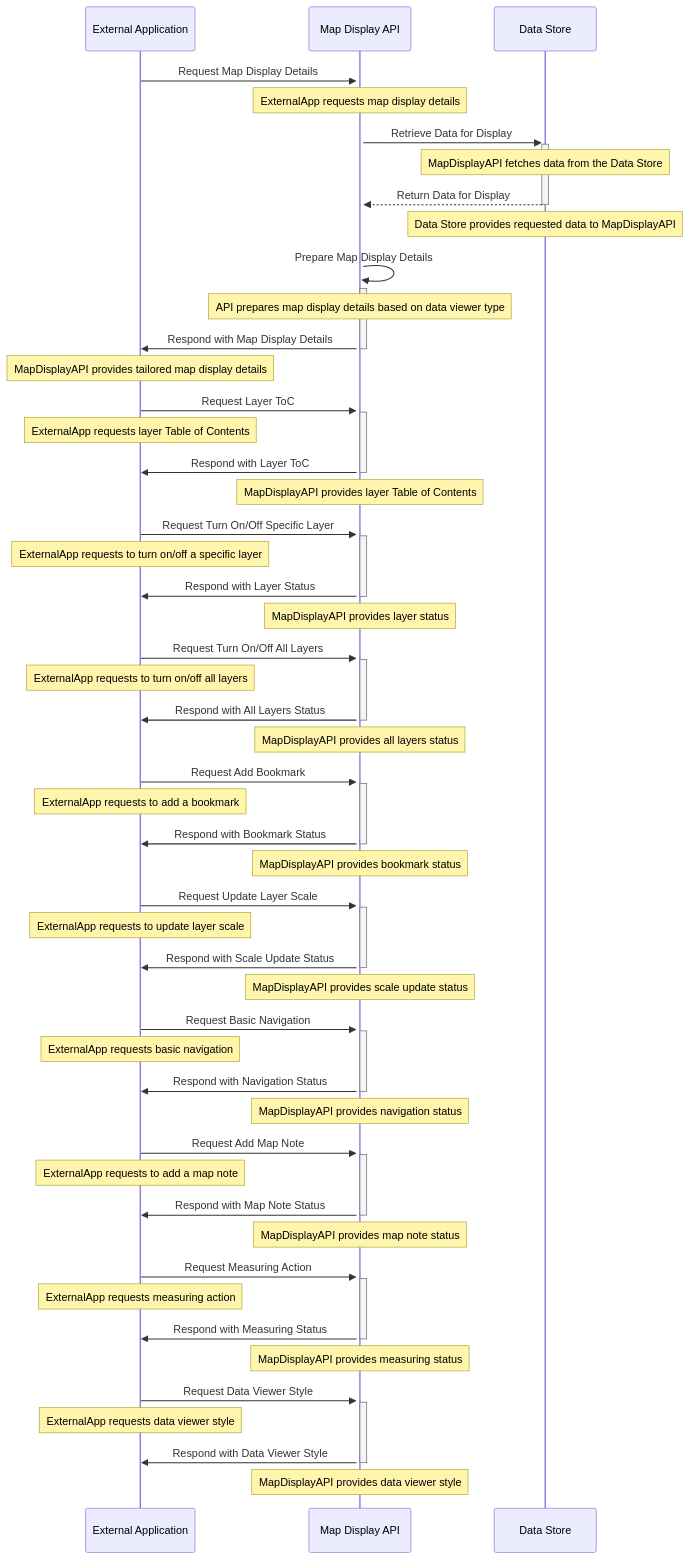
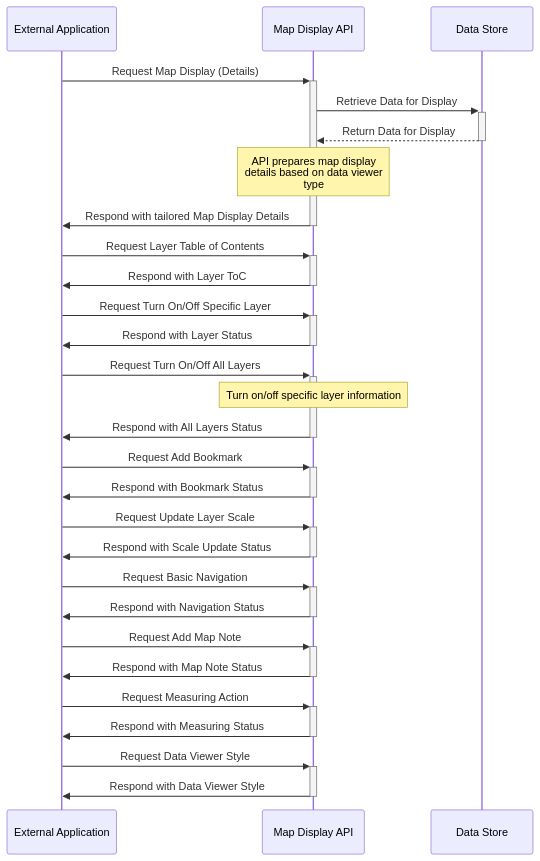
Before and after one commit to GovStackWorkingGroup/bb-gis: the first of 18 diagrams in spec/9-workflows.md, drawn with Mermaid. The commit also changed other lines of this file, not shown here.

Commit message:
GITBOOK-103: data format adaptation

````diff
--- a/spec/9-workflows.md
+++ b/spec/9-workflows.md
@@ -23,75 +23,32 @@
 ```mermaid
 sequenceDiagram
   participant ExternalApp as External Application
   participant MapDisplayAPI as Map Display API
   participant DataStore as Data Store
 
-  ExternalApp->>+MapDisplayAPI: Request Map Display Details
-  Note over MapDisplayAPI: ExternalApp requests map display details
-
+  ExternalApp->>+MapDisplayAPI: Request Map Display (Details)
   MapDisplayAPI->>+DataStore: Retrieve Data for Display
-  Note over DataStore: MapDisplayAPI fetches data from the Data Store
-
   DataStore-->>-MapDisplayAPI: Return Data for Display
-  Note over DataStore: Data Store provides requested data to MapDisplayAPI
-
-  MapDisplayAPI->>+MapDisplayAPI: Prepare Map Display Details
-  Note over MapDisplayAPI: API prepares map display details based on data viewer type
-
-  MapDisplayAPI->>-ExternalApp: Respond with Map Display Details
-  Note over ExternalApp: MapDisplayAPI provides tailored map display details
-
-  ExternalApp->>+MapDisplayAPI: Request Layer ToC
-  Note over ExternalApp: ExternalApp requests layer Table of Contents
-
+  Note over MapDisplayAPI: API prepares map display<br> details based on data viewer<br> type
+  MapDisplayAPI->>-ExternalApp: Respond with tailored Map Display Details
+  ExternalApp->>+MapDisplayAPI: Request Layer Table of Contents
   MapDisplayAPI->>-ExternalApp: Respond with Layer ToC
-  Note over MapDisplayAPI: MapDisplayAPI provides layer Table of Contents
-
   ExternalApp->>+MapDisplayAPI: Request Turn On/Off Specific Layer
-  Note over ExternalApp: ExternalApp requests to turn on/off a specific layer
-
   MapDisplayAPI->>-ExternalApp: Respond with Layer Status
-  Note over MapDisplayAPI: MapDisplayAPI provides layer status
-
   ExternalApp->>+MapDisplayAPI: Request Turn On/Off All Layers
-  Note over ExternalApp: ExternalApp requests to turn on/off all layers
-
+  Note over MapDisplayAPI: Turn on/off specific layer information
   MapDisplayAPI->>-ExternalApp: Respond with All Layers Status
-  Note over MapDisplayAPI: MapDisplayAPI provides all layers status
-
   ExternalApp->>+MapDisplayAPI: Request Add Bookmark
-  Note over ExternalApp: ExternalApp requests to add a bookmark
-
   MapDisplayAPI->>-ExternalApp: Respond with Bookmark Status
-  Note over MapDisplayAPI: MapDisplayAPI provides bookmark status
-
   ExternalApp->>+MapDisplayAPI: Request Update Layer Scale
-  Note over ExternalApp: ExternalApp requests to update layer scale
-
   MapDisplayAPI->>-ExternalApp: Respond with Scale Update Status
-  Note over MapDisplayAPI: MapDisplayAPI provides scale update status
-
   ExternalApp->>+MapDisplayAPI: Request Basic Navigation
-  Note over ExternalApp: ExternalApp requests basic navigation
-
   MapDisplayAPI->>-ExternalApp: Respond with Navigation Status
-  Note over MapDisplayAPI: MapDisplayAPI provides navigation status
-
   ExternalApp->>+MapDisplayAPI: Request Add Map Note
-  Note over ExternalApp: ExternalApp requests to add a map note
-
   MapDisplayAPI->>-ExternalApp: Respond with Map Note Status
-  Note over MapDisplayAPI: MapDisplayAPI provides map note status
-
   ExternalApp->>+MapDisplayAPI: Request Measuring Action
-  Note over ExternalApp: ExternalApp requests measuring action
-
   MapDisplayAPI->>-ExternalApp: Respond with Measuring Status
-  Note over MapDisplayAPI: MapDisplayAPI provides measuring status
-
   ExternalApp->>+MapDisplayAPI: Request Data Viewer Style
-  Note over ExternalApp: ExternalApp requests data viewer style
-
   MapDisplayAPI->>-ExternalApp: Respond with Data Viewer Style
-  Note over MapDisplayAPI: MapDisplayAPI provides data viewer style
+  
 ```
````
